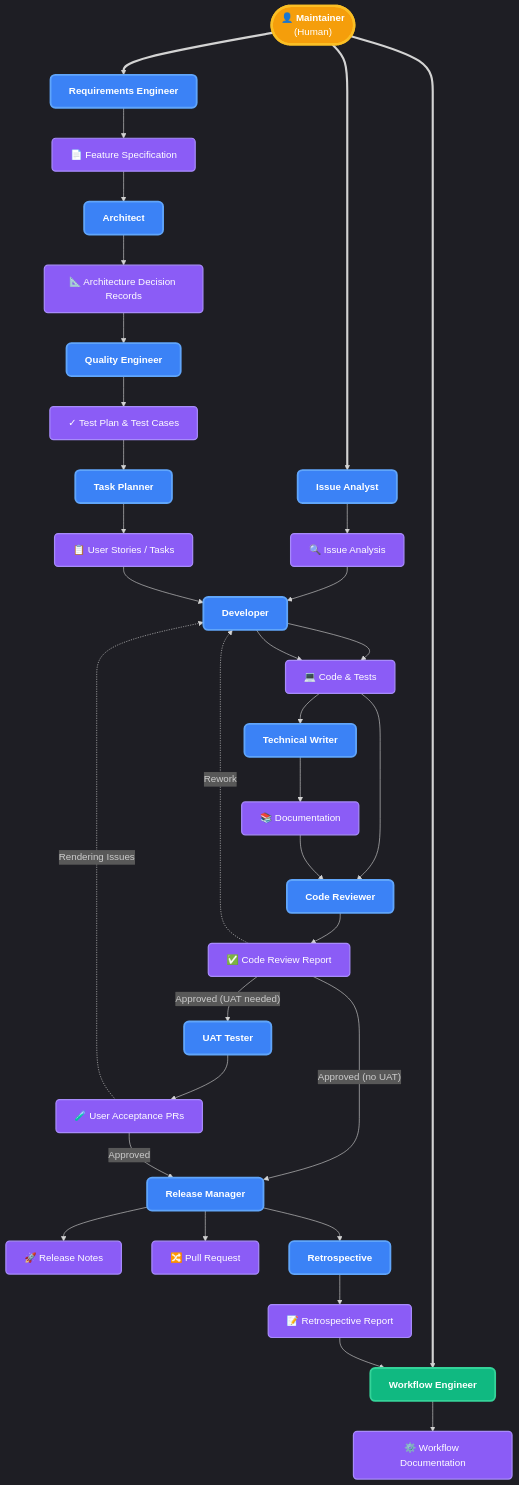
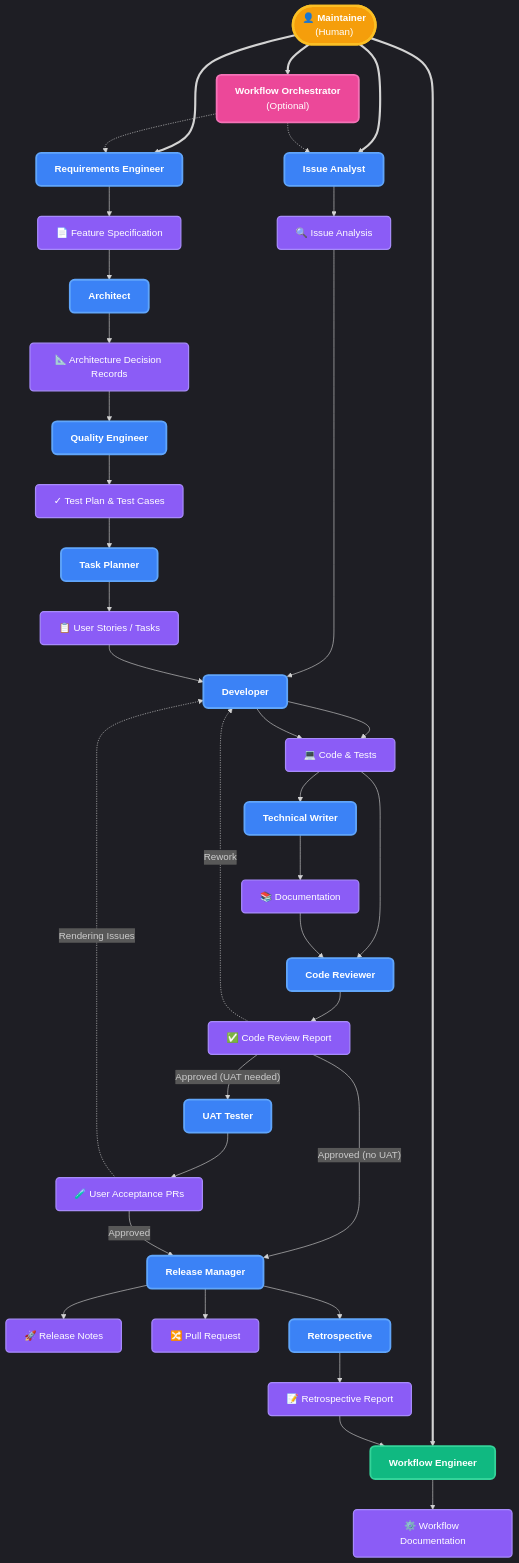
Before and after one commit to oocx/tfplan2md: the diagram in docs/agents.md, drawn with Mermaid. The commit also changed other lines of this file and 2 other files, not shown here.

First line of the commit message:
feat: add workflow orchestrator agent with automated delegation

```diff
--- a/docs/agents.md
+++ b/docs/agents.md
@@ -127,10 +143,14 @@
 	classDef agent fill:#3b82f6,stroke:#60a5fa,stroke-width:3px,color:#ffffff,rx:8,ry:8;
 	classDef artifact fill:#8b5cf6,stroke:#a78bfa,stroke-width:2px,color:#ffffff,rx:6,ry:6;
 	classDef metaagent fill:#10b981,stroke:#34d399,stroke-width:3px,color:#ffffff,rx:8,ry:8;
+	classDef orchestrator fill:#ec4899,stroke:#f472b6,stroke-width:3px,color:#ffffff,rx:8,ry:8;
 	classDef human fill:#f59e0b,stroke:#fbbf24,stroke-width:4px,color:#ffffff,rx:10,ry:10;
 
 	%% Nodes
 	HUMAN(["👤 <b>Maintainer</b><br/>(Human)"])
+	
+	%% Orchestrator (Optional)
+	WO["<b>Workflow Orchestrator</b><br/>(Optional)"]
 
 	%% Row 1: Entry Agents
 	RE["<b>Requirements Engineer</b>"]
@@ -198,9 +218,14 @@
 	RETRO["📝 Retrospective Report"]
 
 	%% Connections - Main Flow
+	HUMAN ==> WO
 	HUMAN ==> RE
 	HUMAN ==> IA_AGENT
 	HUMAN ==> WE
+	
+	%% Orchestrator delegates to entry agents
+	WO -.-> RE
+	WO -.-> IA_AGENT
 
 	RE --> FS --> AR
 	IA_AGENT --> IA --> DEV
@@ -232,6 +257,7 @@
 
 	%% Styling
 	class HUMAN human;
+	class WO orchestrator;
 	class IA_AGENT,RE,AR,TP_AGENT,QE,DEV,TW,CR,UAT_AGENT,RM,RETRO_AGENT agent;
 	class WE metaagent;
 	class IA,FS,US,ADR,TP,CODE,DOCS,CRR,REL,PR,WD,UAT,RETRO artifact;
```
